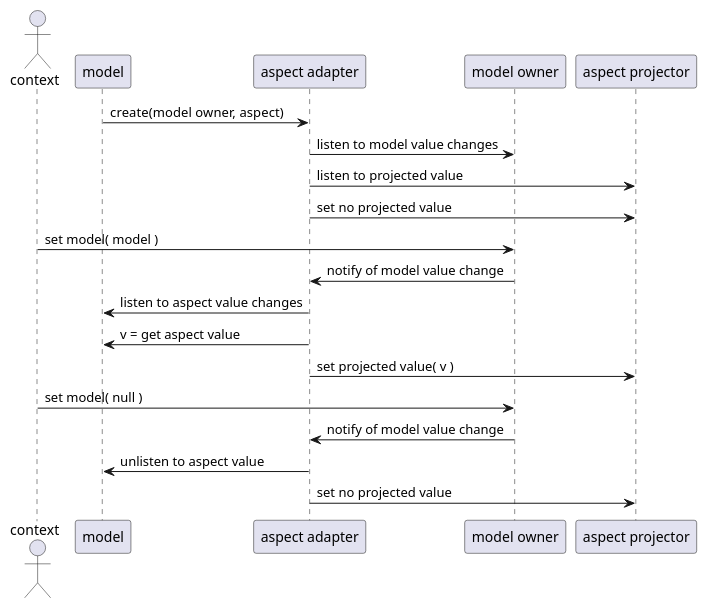
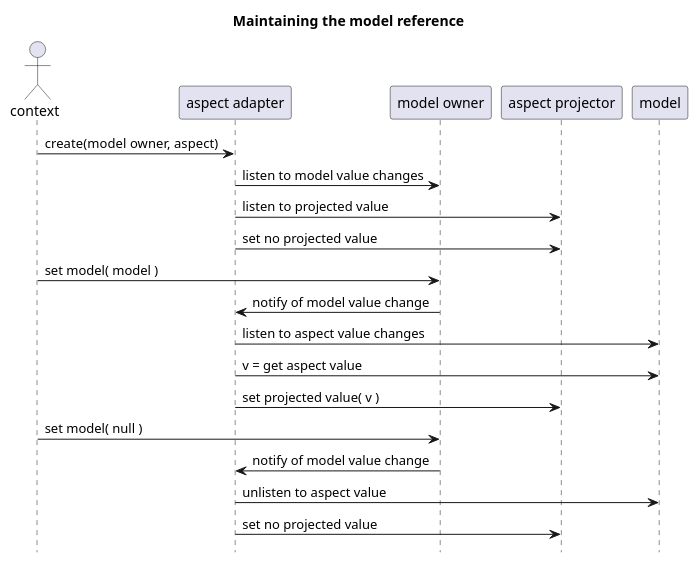
The second of 5 diagrams in gh-pages/src/main/asciidoc/index.adoc (goranstack/esox), drawn with PlantUML before and after one commit. The commit also changed other lines of this file, not shown here.

Commit message:
Updated documentation with more diagrams

```diff
--- a/gh-pages/src/main/asciidoc/index.adoc
+++ b/gh-pages/src/main/asciidoc/index.adoc
@@ -63,20 +62,24 @@
-[plantuml, seq-diagram, svg]
+[plantuml, model-reference, svg]
 ....
 @startuml
+
+hide footbox
+title Maintaining the model reference
+
 actor context
 
-model->"aspect adapter" : create(model owner, aspect)
-"aspect adapter"->"model owner" : listen to model value changes
-"aspect adapter"->"aspect projector" : listen to projected value
-"aspect adapter"->"aspect projector": set no projected value
-context->"model owner": set model( model )
-"model owner"->"aspect adapter": notify of model value change
-"aspect adapter"->model: listen to aspect value changes
-"aspect adapter"->model: v = get aspect value
-"aspect adapter"->"aspect projector": set projected value( v )
-context->"model owner": set model( null )
-"model owner"->"aspect adapter": notify of model value change
-"aspect adapter"->model: unlisten to aspect value
-"aspect adapter"->"aspect projector": set no projected value
+context -> "aspect adapter" : create(model owner, aspect)
+"aspect adapter" -> "model owner" : listen to model value changes
+"aspect adapter" -> "aspect projector" : listen to projected value
+"aspect adapter" -> "aspect projector" : set no projected value
+context -> "model owner" : set model( model )
+"model owner" -> "aspect adapter" : notify of model value change
+"aspect adapter" -> model : listen to aspect value changes
+"aspect adapter" -> model : v = get aspect value
+"aspect adapter" -> "aspect projector": set projected value( v )
+context -> "model owner" : set model( null )
+"model owner" -> "aspect adapter" : notify of model value change
+"aspect adapter" -> model : unlisten to aspect value
+"aspect adapter" -> "aspect projector" : set no projected value
 @enduml
 ....
```
